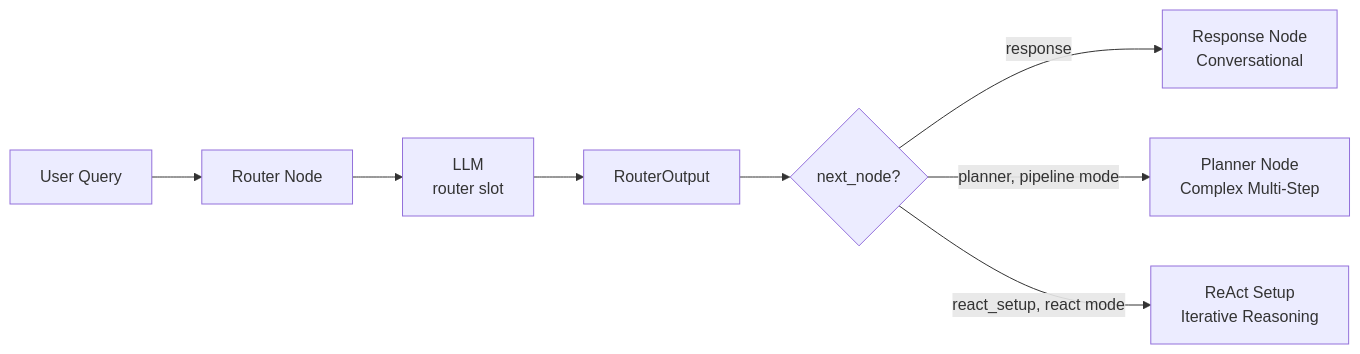
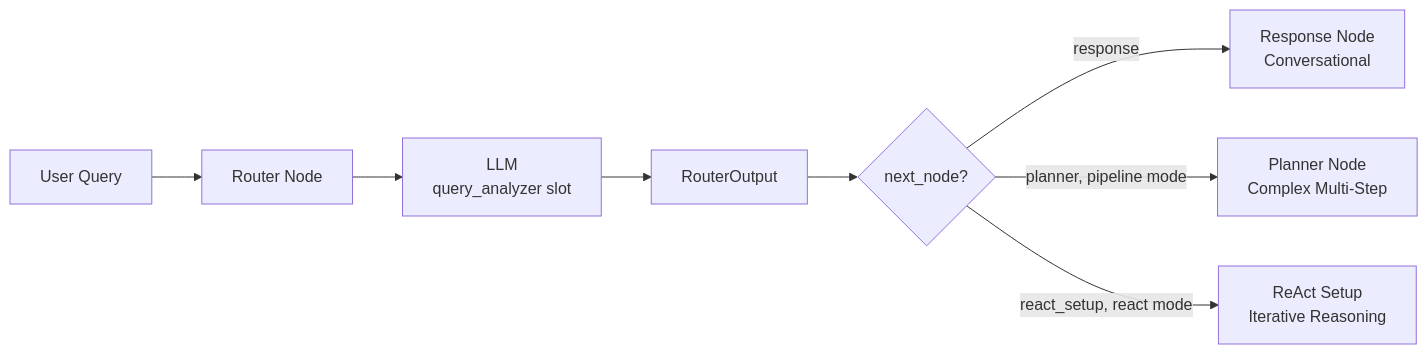
The first of 2 diagrams in docs/technical/ROUTER.md (jgouviergmail/LIA-Assistant), drawn with Mermaid before and after one commit. The commit also changed other lines of this file and 612 other files, not shown here.

````diff
--- a/docs/technical/ROUTER.md
+++ b/docs/technical/ROUTER.md
@@ -37,10 +37,10 @@
 ```mermaid
 graph LR
     A[User Query] --> B[Router Node]
-    B --> C[LLM<br/>router slot]
+    B --> C[LLM<br/>query_analyzer slot]
     C --> D[RouterOutput]
     D --> E{next_node?}
     E -->|response| F[Response Node<br/>Conversational]
     E -->|planner, pipeline mode| G[Planner Node<br/>Complex Multi-Step]
     E -->|react_setup, react mode| I[ReAct Setup<br/>Iterative Reasoning]
 ```
````
